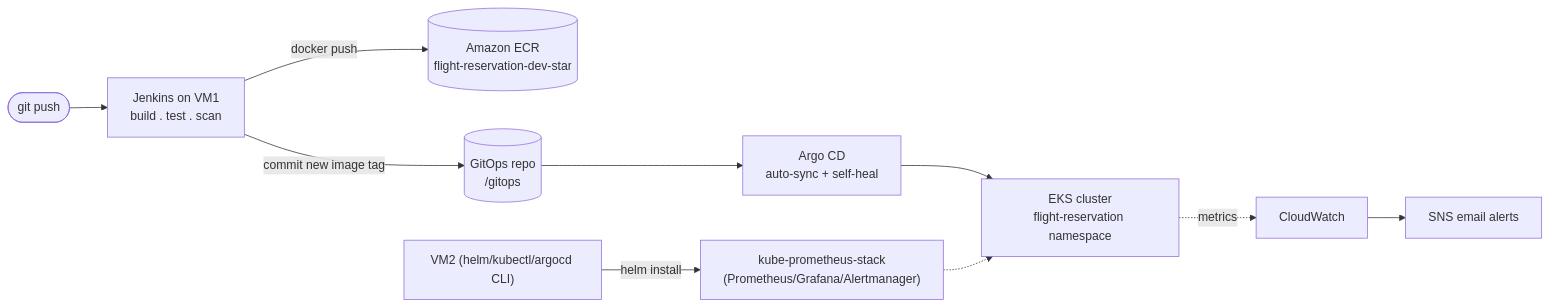
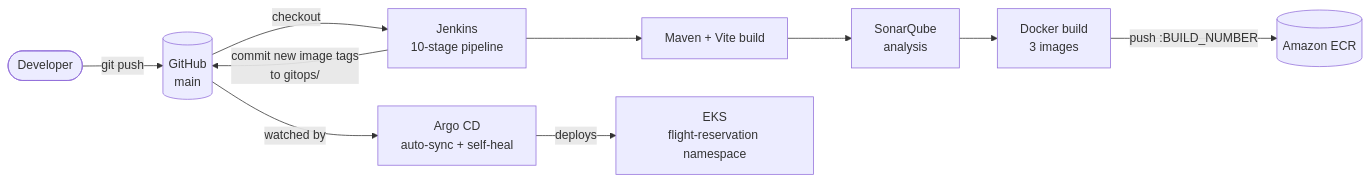
One commit to AnuragPatil-cloud/flight-reservation-app-AWS changed the second of 2 diagrams in README.md. Above: the diagram before and after it, drawn with Mermaid. The commit also changed other lines of this file, not shown here.

````diff
--- a/README.md
+++ b/README.md
@@ -115,12 +145,10 @@
 ```mermaid
 flowchart LR
-    Dev([git push]) --> Jenkins["Jenkins on VM1<br/>build . test . scan"]
-    Jenkins -- "docker push" --> ECR[(Amazon ECR<br/>flight-reservation-dev-star)]
-    Jenkins -- "commit new image tag" --> Git[(GitOps repo<br/>/gitops)]
-    Git --> Argo["Argo CD<br/>auto-sync + self-heal"]
-    Argo --> EKS["EKS cluster<br/>flight-reservation namespace"]
-    Mon["VM2 (helm/kubectl/argocd CLI)"] -- "helm install" --> Prom["kube-prometheus-stack<br/>(Prometheus/Grafana/Alertmanager)"]
-    Prom -.-> EKS
-    EKS -. "metrics" .-> CW[CloudWatch]
-    CW --> SNS[SNS email alerts]
+    dev([Developer]) -->|git push| gh[("GitHub<br/>main")]
+    gh -->|checkout| jk["Jenkins<br/>10-stage pipeline"]
+    jk --> build["Maven + Vite build"] --> sonar["SonarQube<br/>analysis"] --> docker["Docker build<br/>3 images"]
+    docker -->|"push :BUILD_NUMBER"| ecr[("Amazon ECR")]
+    jk -->|"commit new image tags<br/>to gitops/"| gh
+    gh -->|"watched by"| argo["Argo CD<br/>auto-sync + self-heal"]
+    argo -->|deploys| eks["EKS<br/>flight-reservation namespace"]
 ```
````
